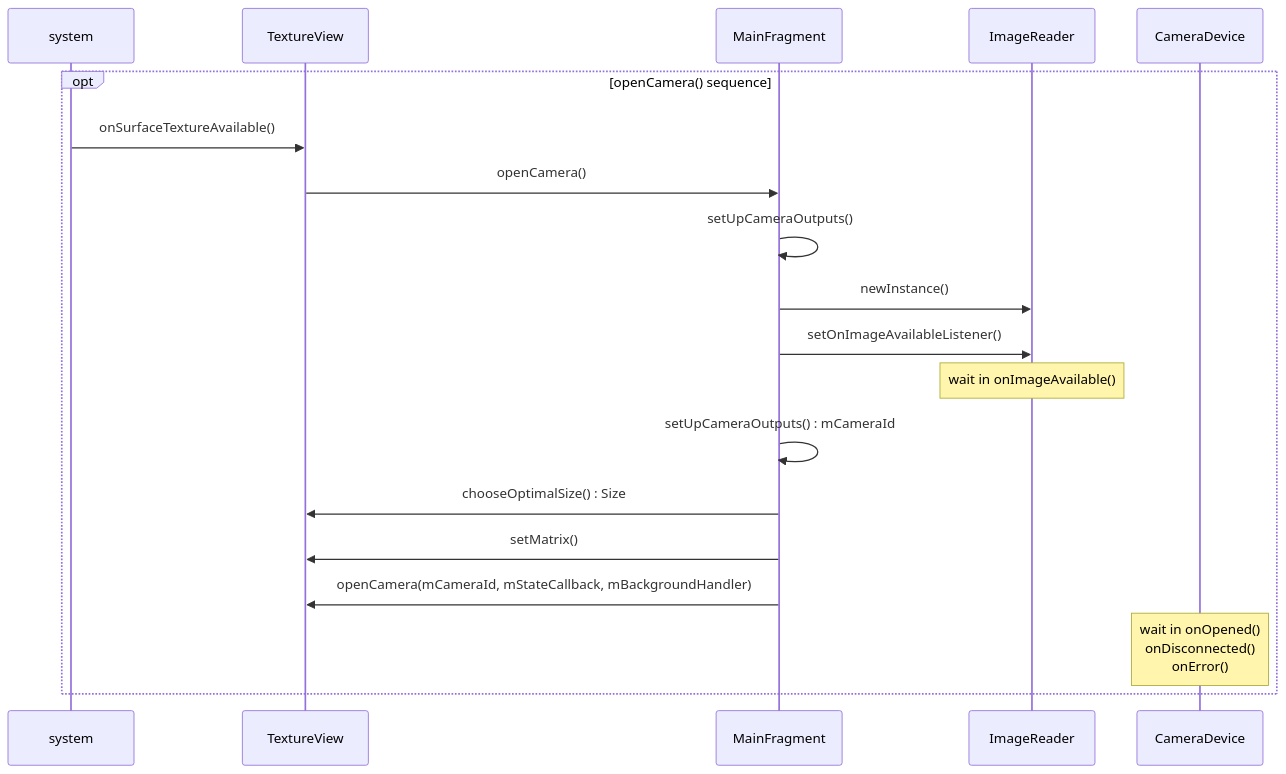
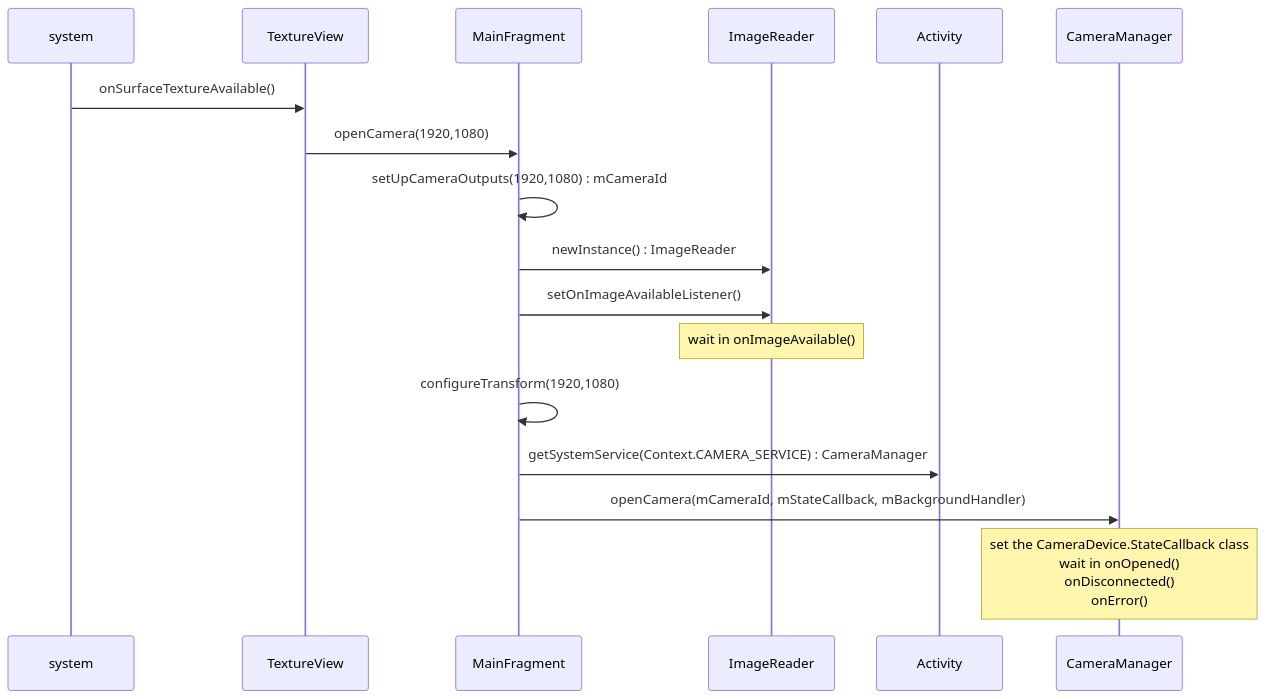
Before and after one commit to aaaa1597/And-OneShotCamera: the third of 5 diagrams in README.md, drawn with Mermaid. The commit also changed other lines of this file, not shown here.

````diff
--- a/README.md
+++ b/README.md
@@ -43,16 +45,13 @@
 ```mermaid
 sequenceDiagram
-opt openCamera() sequence
-	system ->> TextureView: onSurfaceTextureAvailable()
-	TextureView ->> MainFragment : openCamera()
-	MainFragment ->> MainFragment : setUpCameraOutputs()
-	MainFragment ->> ImageReader: newInstance()
-	MainFragment ->> ImageReader: setOnImageAvailableListener()
-	Note over ImageReader: wait in onImageAvailable()
-	MainFragment ->> MainFragment : setUpCameraOutputs() : mCameraId
-	MainFragment ->> TextureView: chooseOptimalSize() : Size
-	MainFragment ->> TextureView: setMatrix()
-	MainFragment ->> TextureView: openCamera(mCameraId, mStateCallback, mBackgroundHandler)
-	Note over CameraDevice: wait in onOpened()<br> onDisconnected()<br> onError()
-end
+system ->> TextureView: onSurfaceTextureAvailable()
+TextureView ->> MainFragment : openCamera(1920,1080)
+MainFragment ->> MainFragment : setUpCameraOutputs(1920,1080) : mCameraId
+MainFragment ->> ImageReader: newInstance() : ImageReader
+MainFragment ->> ImageReader: setOnImageAvailableListener()
+Note over ImageReader: wait in onImageAvailable()
+MainFragment ->> MainFragment : configureTransform(1920,1080)
+MainFragment ->> Activity: getSystemService(Context.CAMERA_SERVICE) : CameraManager
+MainFragment ->> CameraManager: openCamera(mCameraId, mStateCallback, mBackgroundHandler)
+Note over CameraManager: set the CameraDevice.StateCallback class<br> wait in onOpened()<br> onDisconnected()<br> onError()
 ```
````
